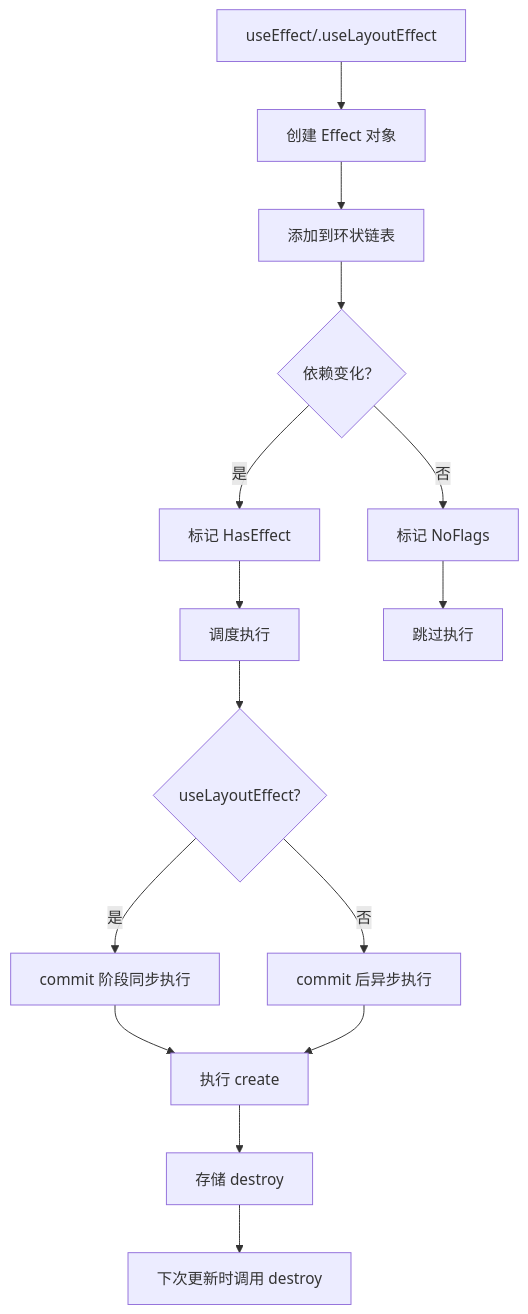
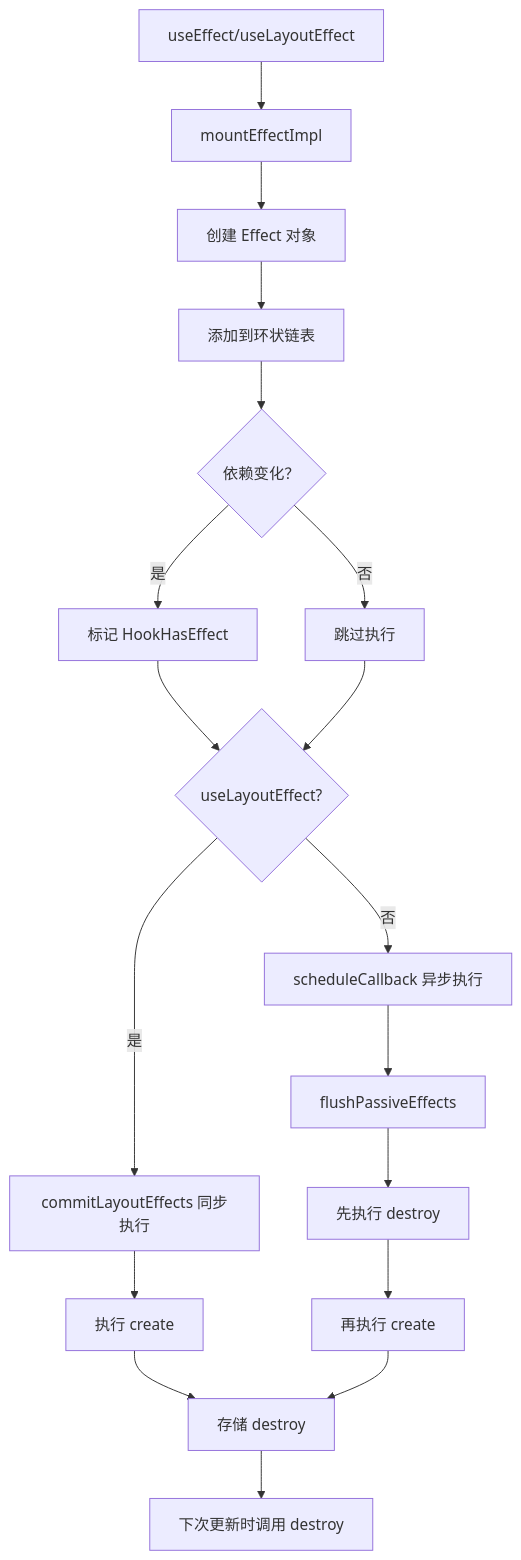
Before and after one commit to xuyuxiong/react-source-code-analysis: the diagram in docs/implementation/use-effect.md, drawn with Mermaid. The commit also changed other lines of this file and 13 other files, not shown here.

````diff
--- a/docs/implementation/use-effect.md
+++ b/docs/implementation/use-effect.md
@@ -342,17 +472,24 @@
 ```mermaid
 graph TD
-    A[useEffect/.useLayoutEffect] --> B[创建 Effect 对象]
-    B --> C[添加到环状链表]
-    C --> D{依赖变化？}
-    D -->|是 | E[标记 HasEffect]
-    D -->|否 | F[标记 NoFlags]
-    E --> G[调度执行]
-    F --> H[跳过执行]
-    G --> I{useLayoutEffect?}
-    I -->|是 | J[commit 阶段同步执行]
-    I -->|否 | K[commit 后异步执行]
-    J --> L[执行 create]
-    K --> L
-    L --> M[存储 destroy]
-    M --> N[下次更新时调用 destroy]
+    A[useEffect/useLayoutEffect] --> B[mountEffectImpl]
+    B --> C[创建 Effect 对象]
+    C --> D[添加到环状链表]
+    D --> E{依赖变化？}
+    E -->|是 | F[标记 HookHasEffect]
+    E -->|否 | G[跳过执行]
+    F --> H{useLayoutEffect?}
+    G --> H
+    
+    H -->|是 | I[commitLayoutEffects 同步执行]
+    H -->|否 | J[scheduleCallback 异步执行]
+    
+    I --> K[执行 create]
+    J --> L[flushPassiveEffects]
+    L --> M[先执行 destroy]
+    M --> N[再执行 create]
+    
+    K --> O[存储 destroy]
+    N --> O
+    
+    O --> P[下次更新时调用 destroy]
 ```
````
